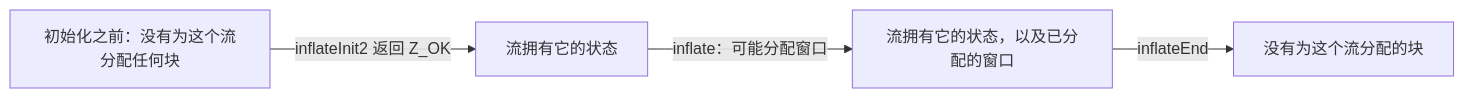
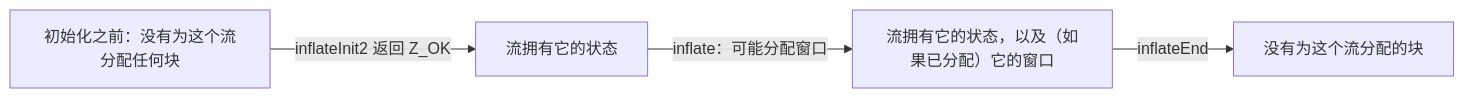
The first of 2 diagrams in docs/spec/safety.zh.md (cla7aye15I4nd/oss-proof), drawn with Mermaid before and after one commit. The commit also changed other lines of this file and 2 other files, not shown here.

````diff
--- a/docs/spec/safety.zh.md
+++ b/docs/spec/safety.zh.md
@@ -88,6 +88,6 @@
 ```mermaid
 flowchart LR
     A["初始化之前：没有为这个流分配任何块"] -->|"inflateInit2 返回 Z_OK"| B["流拥有它的状态"]
-    B -->|"inflate：可能分配窗口"| C["流拥有它的状态，以及已分配的窗口"]
+    B -->|"inflate：可能分配窗口"| C["流拥有它的状态，以及（如果已分配）它的窗口"]
     C -->|"inflateEnd"| D["没有为这个流分配的块"]
 ```
````
